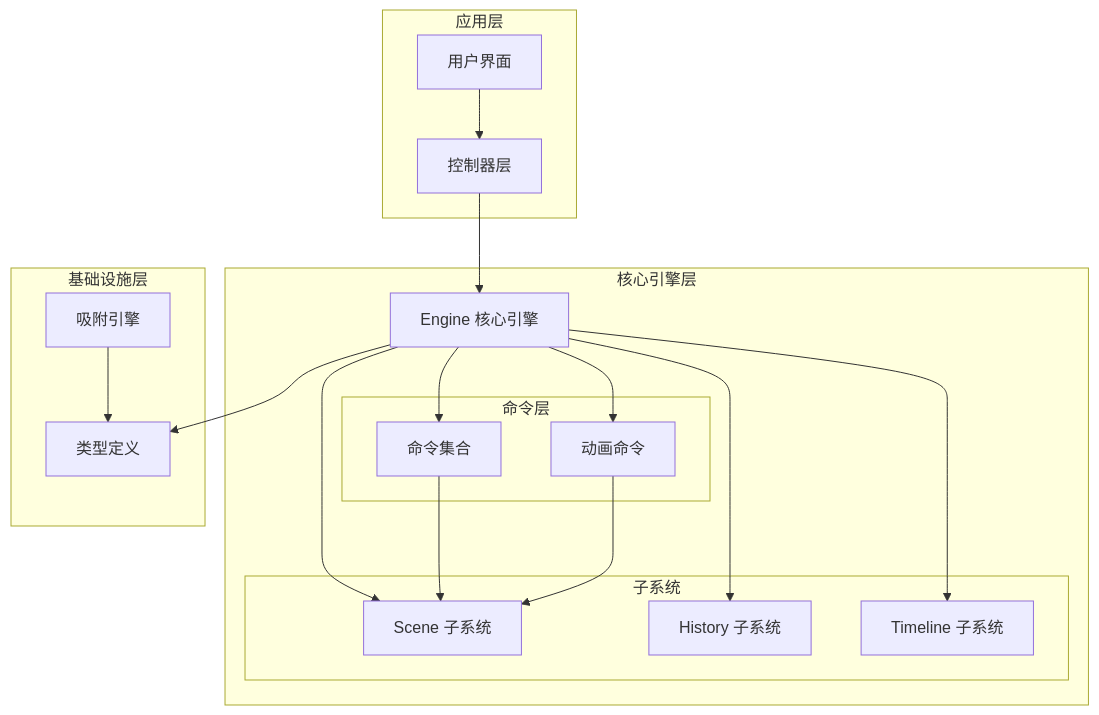
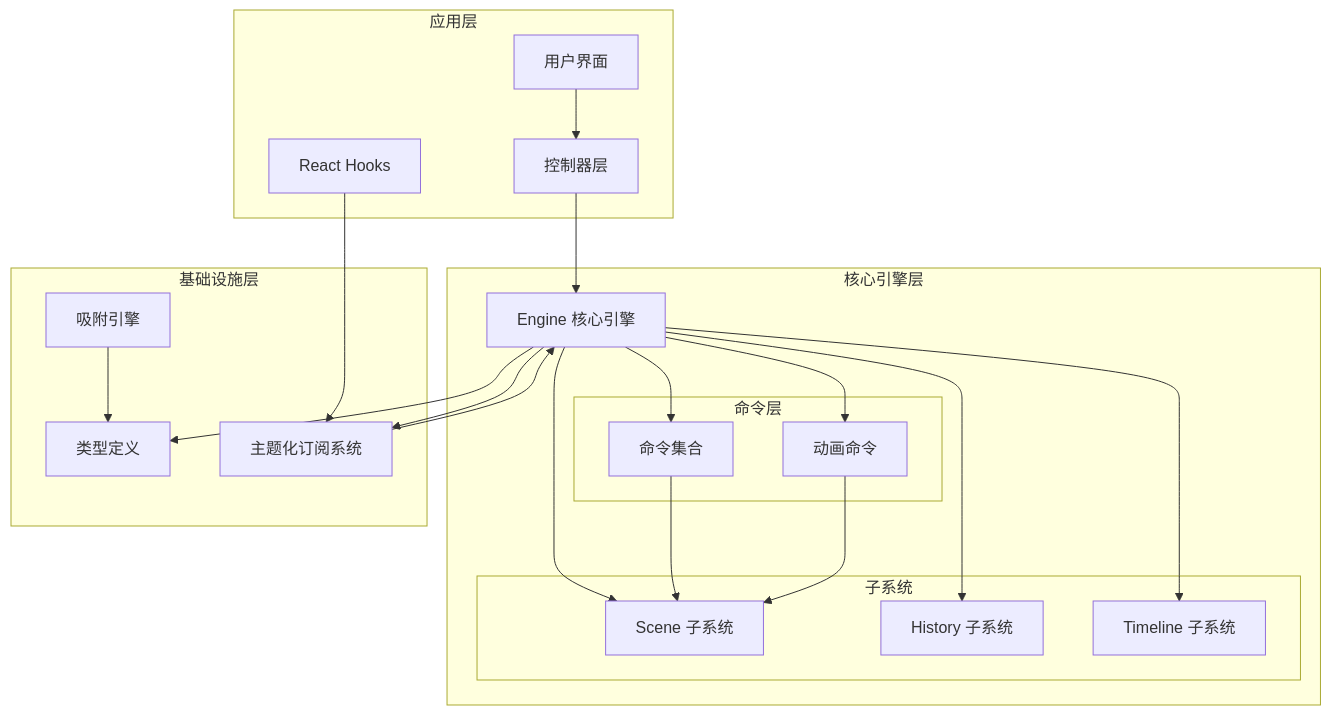
One commit to Anna0314zy/ai_editor_enginer changed the fourth of 18 diagrams in .qoder/repowiki/zh/content/引擎系统/核心引擎.md. Above: the diagram before and after it, drawn with Mermaid. The commit also changed other lines of this file and 25 other files, not shown here.

````diff
--- a/.qoder/repowiki/zh/content/引擎系统/核心引擎.md
+++ b/.qoder/repowiki/zh/content/引擎系统/核心引擎.md
@@ -189,34 +213,39 @@
 ```mermaid
 graph TB
 subgraph "应用层"
 UI[用户界面]
 Controllers[控制器层]
+Hooks[React Hooks]
 end
 subgraph "核心引擎层"
 Engine[Engine 核心引擎]
 subgraph "子系统"
 Scene[Scene 子系统]
 History[History 子系统]
 Timeline[Timeline 子系统]
 end
 subgraph "命令层"
 Commands[命令集合]
 AnimationCommands[动画命令]
 end
 end
 subgraph "基础设施层"
 Types[类型定义]
 SnapEngine[吸附引擎]
+TopicSystem[主题化订阅系统]
 end
 UI --> Controllers
 Controllers --> Engine
+Hooks --> TopicSystem
 Engine --> Scene
 Engine --> History
 Engine --> Timeline
 Engine --> Commands
 Engine --> AnimationCommands
+Engine --> TopicSystem
 Commands --> Scene
 AnimationCommands --> Scene
 Engine --> Types
 SnapEngine --> Types
+TopicSystem --> Engine
 ```
````
